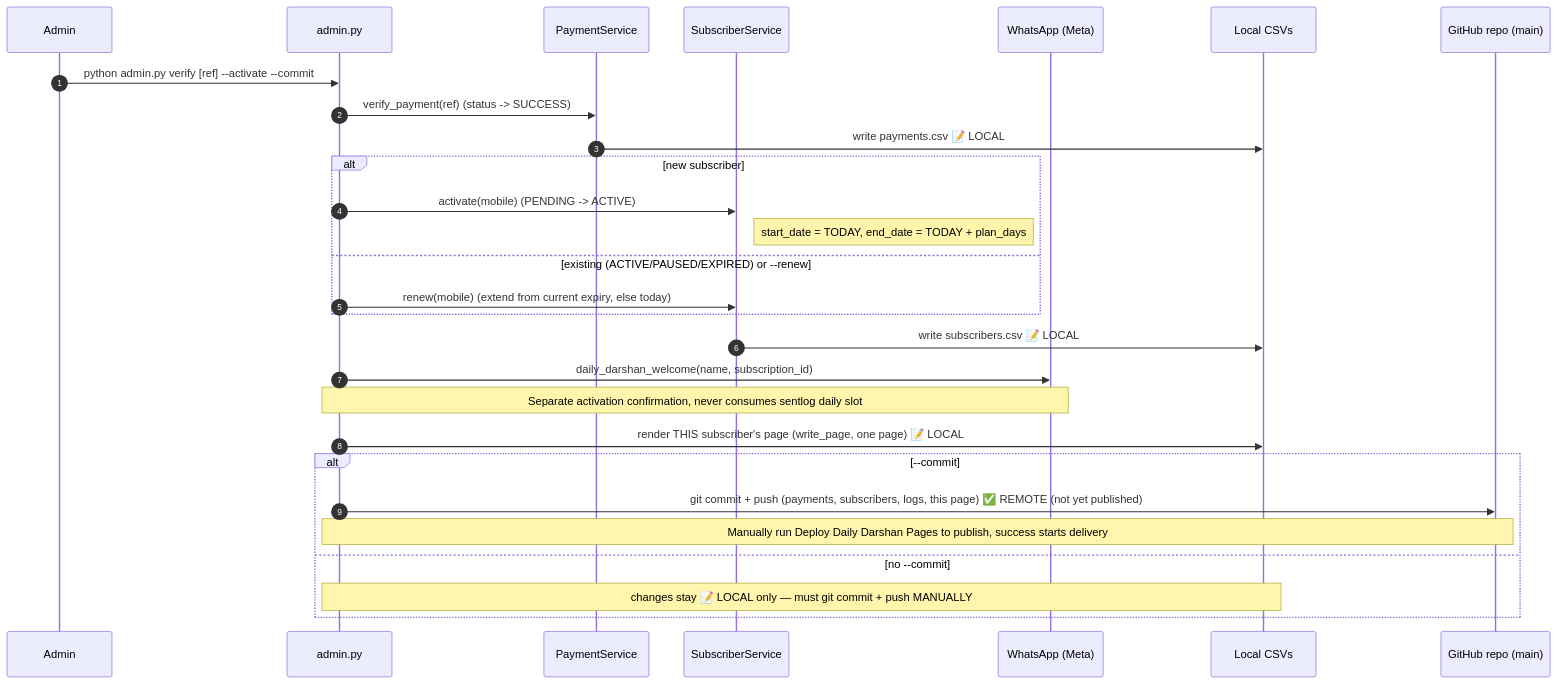
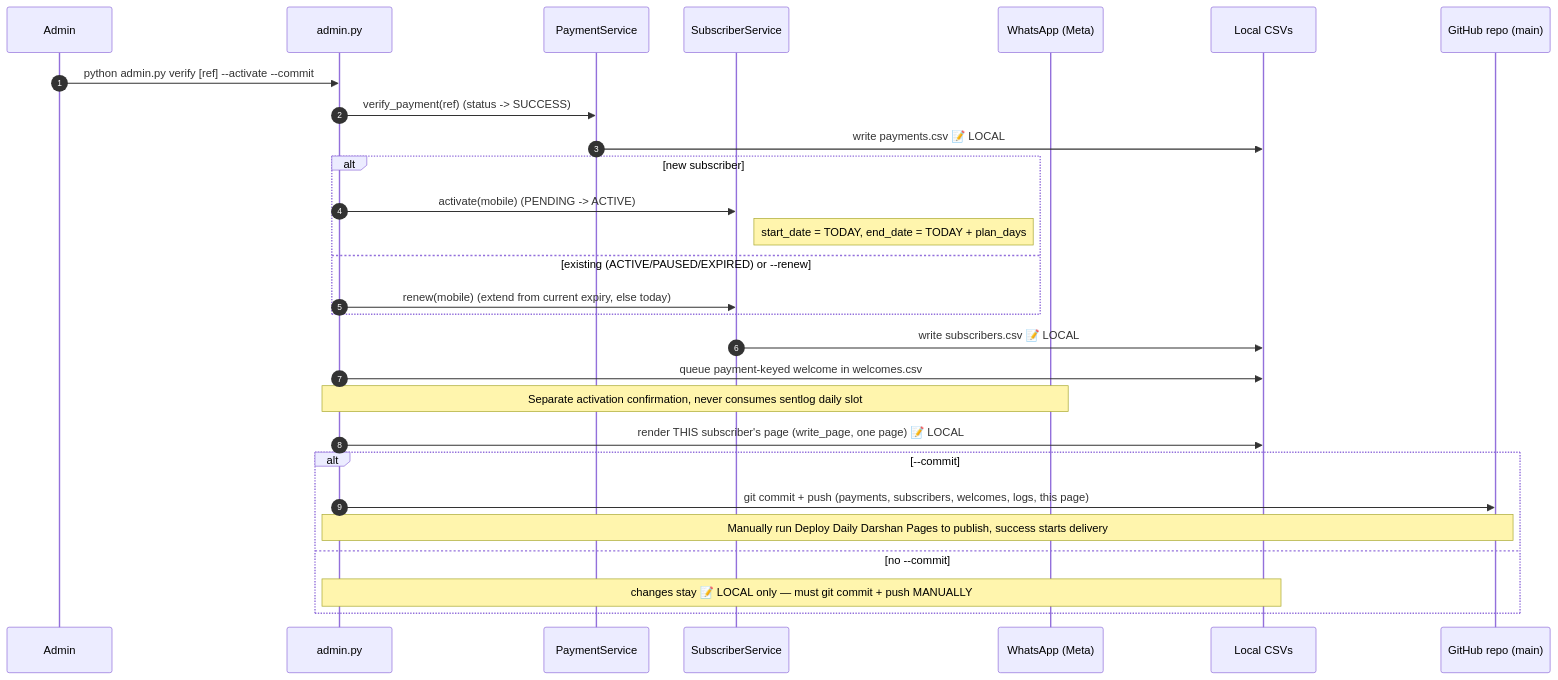
One commit to mishnit/daily-darshan changed the seventh of 9 diagrams in sequence-diagrams.md. Above: the diagram before and after it, drawn with Mermaid. The commit also changed other lines of this file and 12 other files, not shown here.

````diff
--- a/sequence-diagrams.md
+++ b/sequence-diagrams.md
@@ -296,31 +296,31 @@
 ```mermaid
 sequenceDiagram
     autonumber
     participant Admin
     participant CLI as admin.py
     participant Pay as PaymentService
     participant Sub as SubscriberService
     participant WA as WhatsApp (Meta)
     participant Local as Local CSVs
     participant Repo as GitHub repo (main)
 
     Admin->>CLI: python admin.py verify [ref] --activate --commit
     CLI->>Pay: verify_payment(ref)  (status -> SUCCESS)
     Pay->>Local: write payments.csv  📝 LOCAL
     alt new subscriber
         CLI->>Sub: activate(mobile)  (PENDING -> ACTIVE)
         Note right of Sub: start_date = TODAY, end_date = TODAY + plan_days
     else existing (ACTIVE/PAUSED/EXPIRED) or --renew
         CLI->>Sub: renew(mobile)  (extend from current expiry, else today)
     end
     Sub->>Local: write subscribers.csv  📝 LOCAL
-    CLI->>WA: daily_darshan_welcome(name, subscription_id)
+    CLI->>Local: queue payment-keyed welcome in welcomes.csv
     Note over CLI,WA: Separate activation confirmation, never consumes sentlog daily slot
     CLI->>Local: render THIS subscriber's page (write_page, one page)  📝 LOCAL
     alt --commit
-        CLI->>Repo: git commit + push (payments, subscribers, logs, this page)  ✅ REMOTE (not yet published)
+        CLI->>Repo: git commit + push (payments, subscribers, welcomes, logs, this page)
         Note over CLI,Repo: Manually run Deploy Daily Darshan Pages to publish, success starts delivery
     else no --commit
         Note over CLI,Local: changes stay 📝 LOCAL only — must git commit + push MANUALLY
     end
 ```
````
